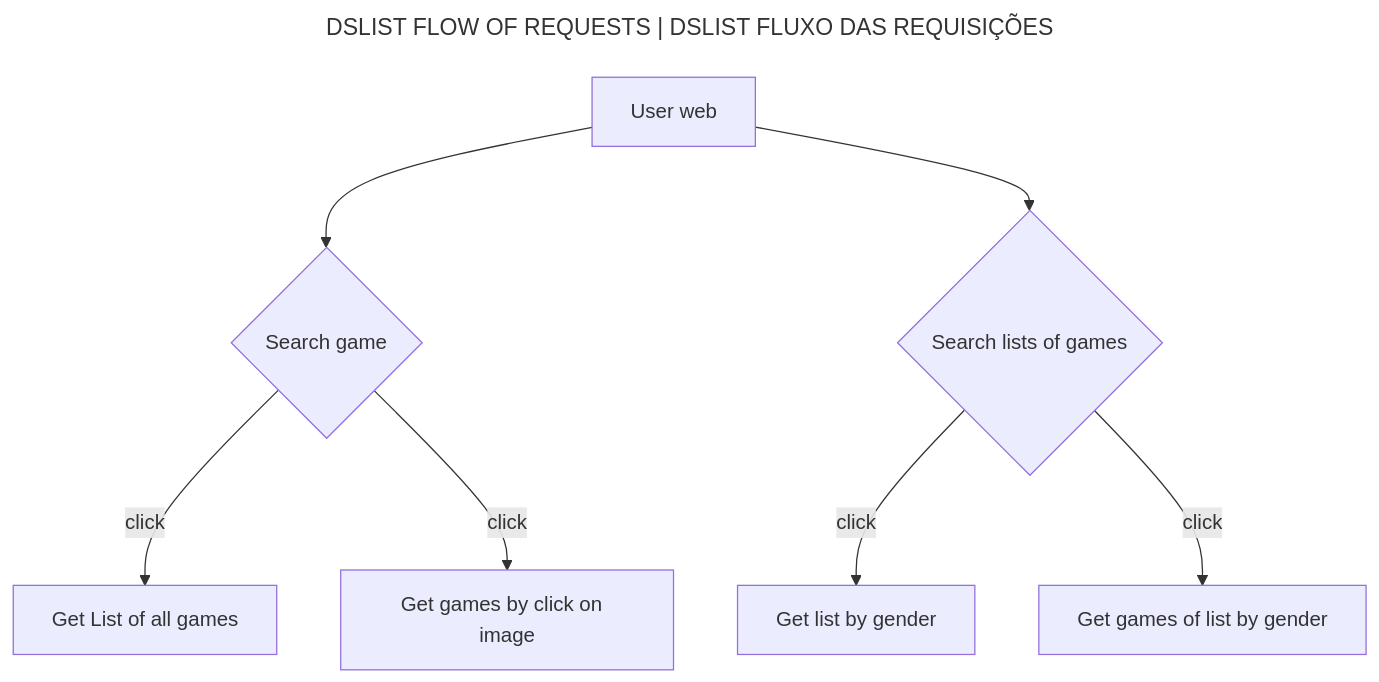
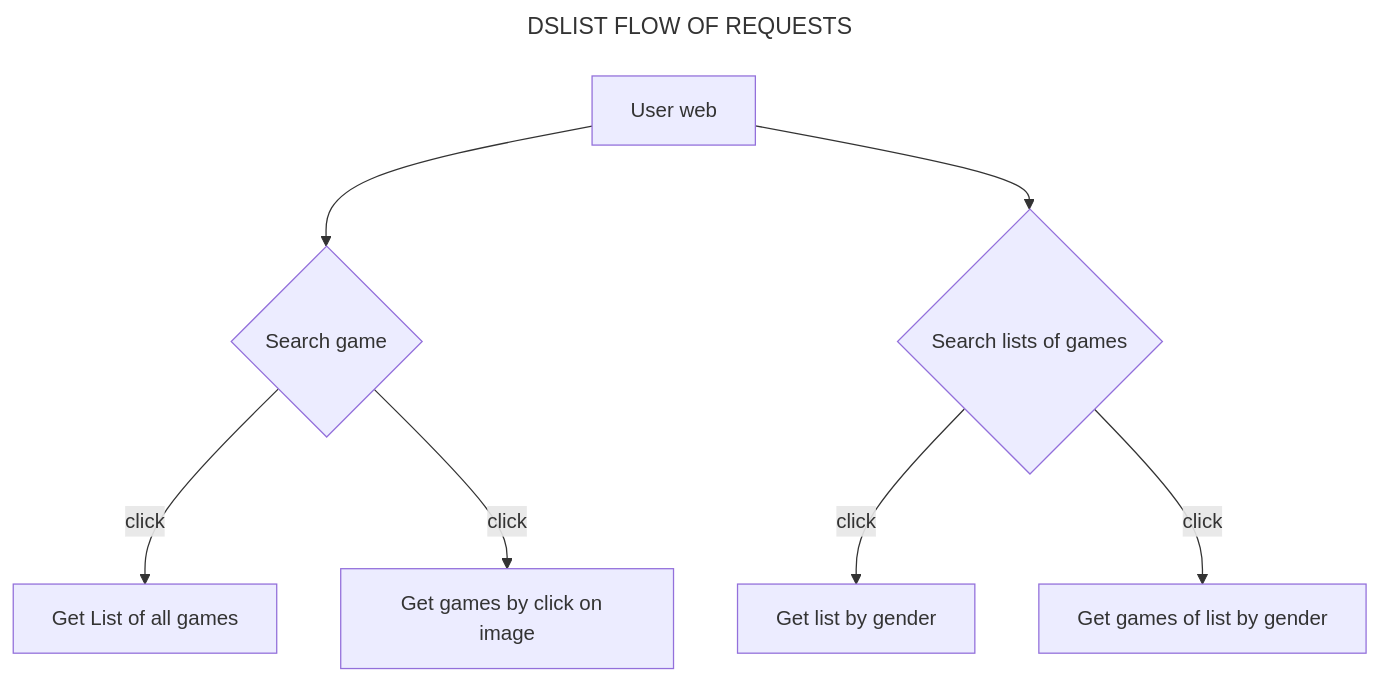
The second of 2 diagrams in README_EN.md (brunoonofre64/dslist), drawn with Mermaid before and after one commit. The commit also changed other lines of this file, not shown here.

`````diff
--- a/README_EN.md
+++ b/README_EN.md
@@ -151,15 +141,15 @@
 ````mermaid
 ---
-title: DSLIST FLOW OF REQUESTS | DSLIST FLUXO DAS REQUISIÇÕES
+title: DSLIST FLOW OF REQUESTS 
 ---
 
 flowchart TD
     userWeb[User web] --> searchGame{Search game}
     searchGame -->|click| getAll[Get List of all games]
     searchGame -->|click| getOnClick[Get games by click on  image]
     userWeb[User web] --> byListOfGame{Search lists of games}
     byListOfGame --> |click| byGameGender[Get list by gender]
     byListOfGame --> |click| gameInsideList[Get games of list by gender]
     
 
 ````
`````
